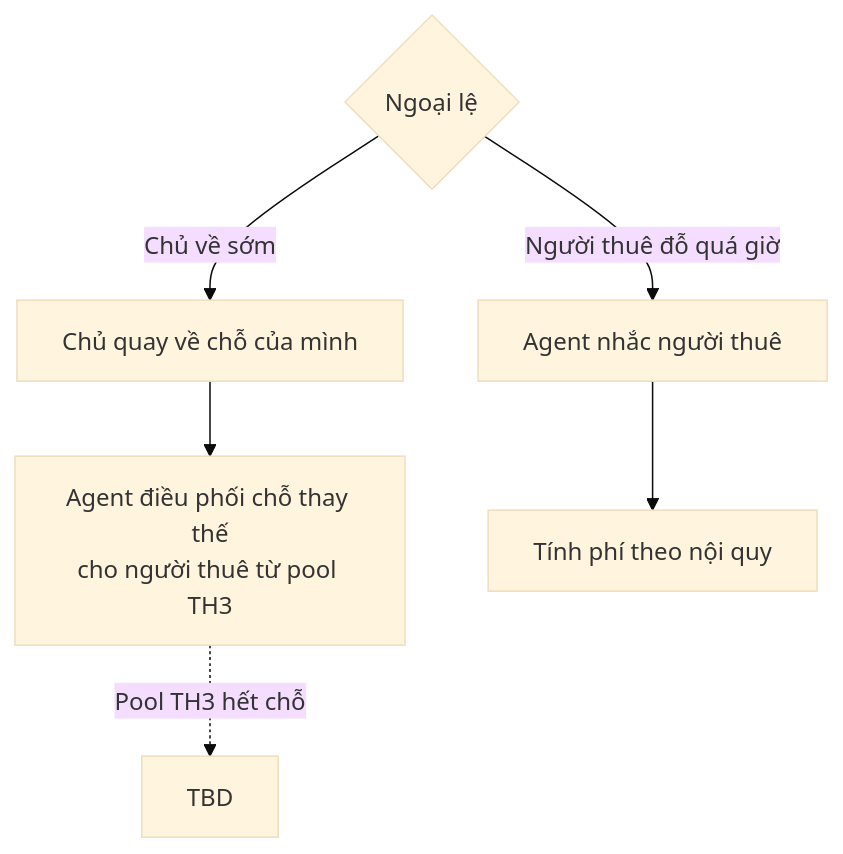
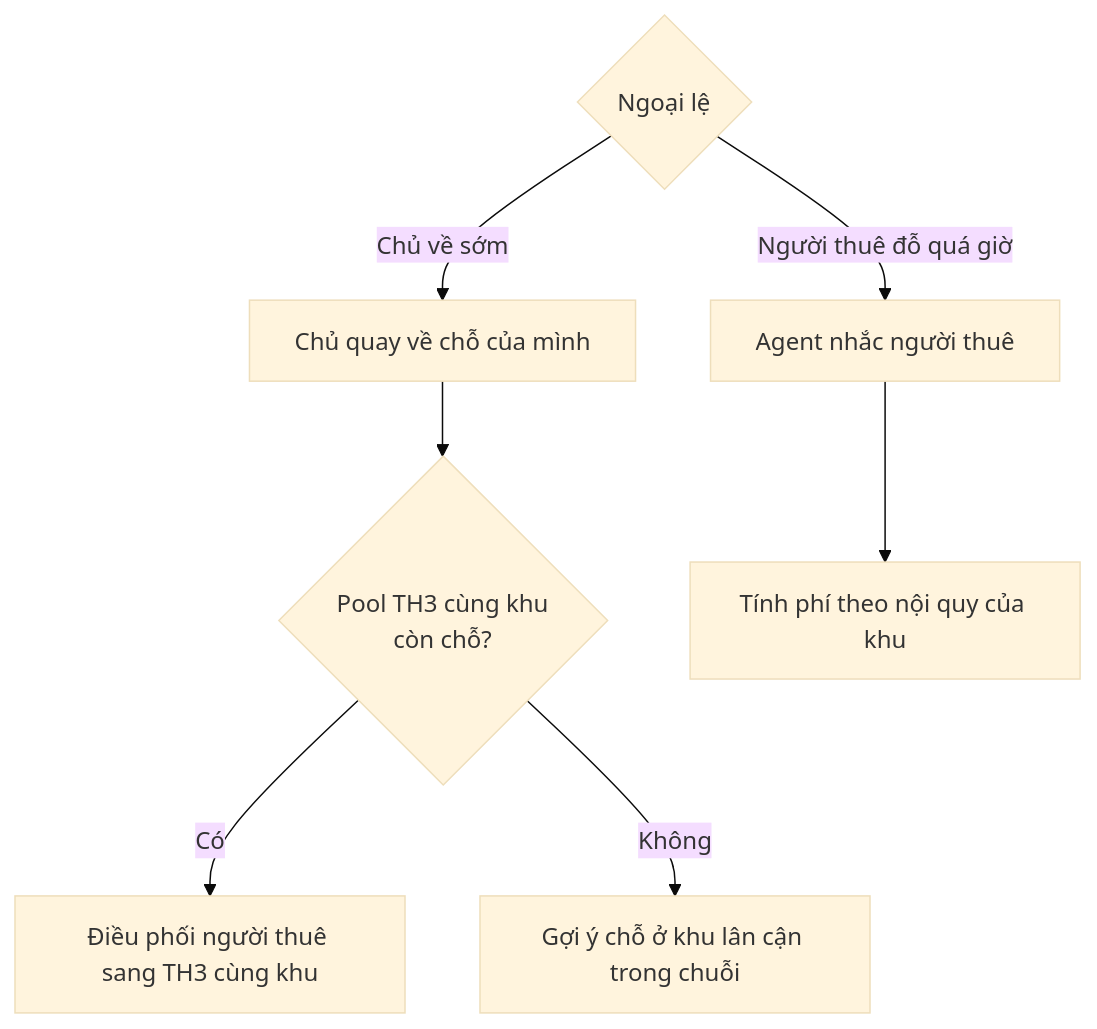
The fourth of 7 diagrams in docs/01-product/ux/user-flow.md (leewinie2104-lang/AITC-t-142), drawn with Mermaid (base theme) before and after one commit. The commit also changed other lines of this file and 28 other files, not shown here.

Commit message:
docs: update docs/01-product, create documents in docs/02-architecture

````diff
--- a/docs/01-product/ux/user-flow.md
+++ b/docs/01-product/ux/user-flow.md
@@ -48,8 +66,9 @@
 ```mermaid
 flowchart TD
     A{Ngoại lệ} -- Chủ về sớm --> B[Chủ quay về chỗ của mình]
-    B --> C[Agent điều phối chỗ thay thế<br/>cho người thuê từ pool TH3]
-    C -. Pool TH3 hết chỗ .-> X[TBD]
+    B --> C{Pool TH3 cùng khu<br/>còn chỗ?}
+    C -- Có --> C1[Điều phối người thuê sang TH3 cùng khu]
+    C -- Không --> C2[Gợi ý chỗ ở khu lân cận trong chuỗi]
     A -- Người thuê đỗ quá giờ --> D[Agent nhắc người thuê]
-    D --> E[Tính phí theo nội quy]
+    D --> E[Tính phí theo nội quy của khu]
 ```
````
